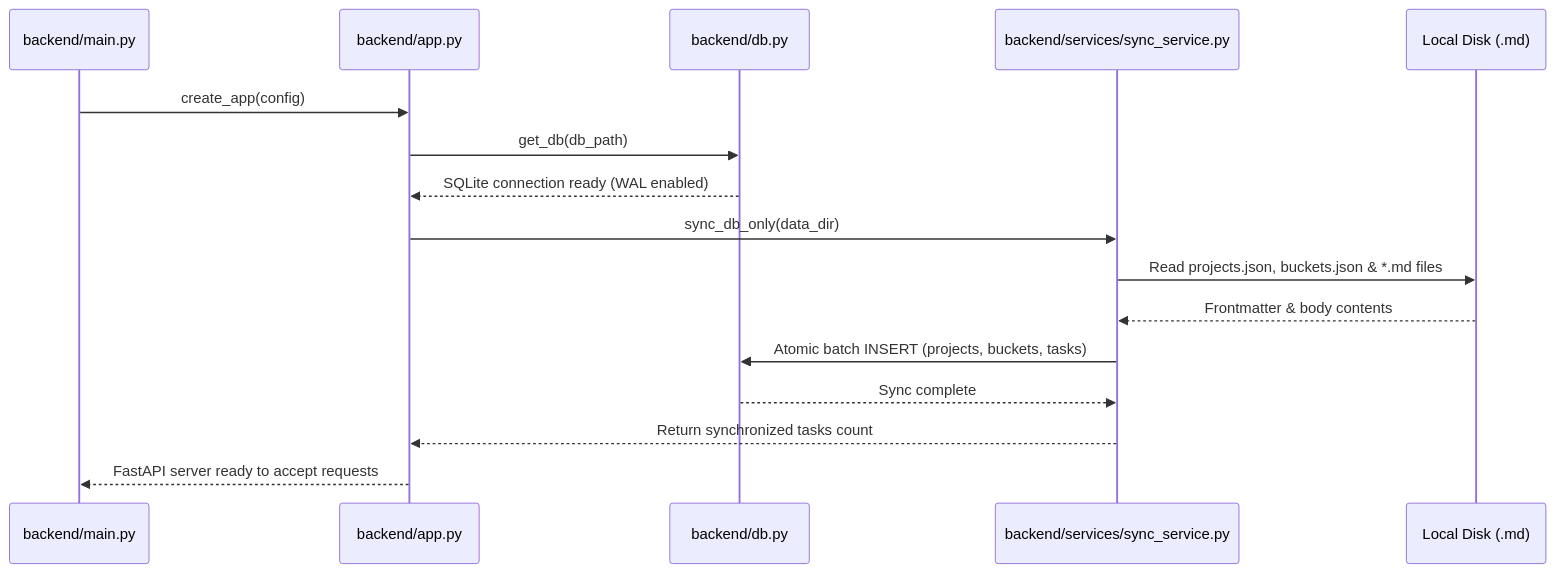
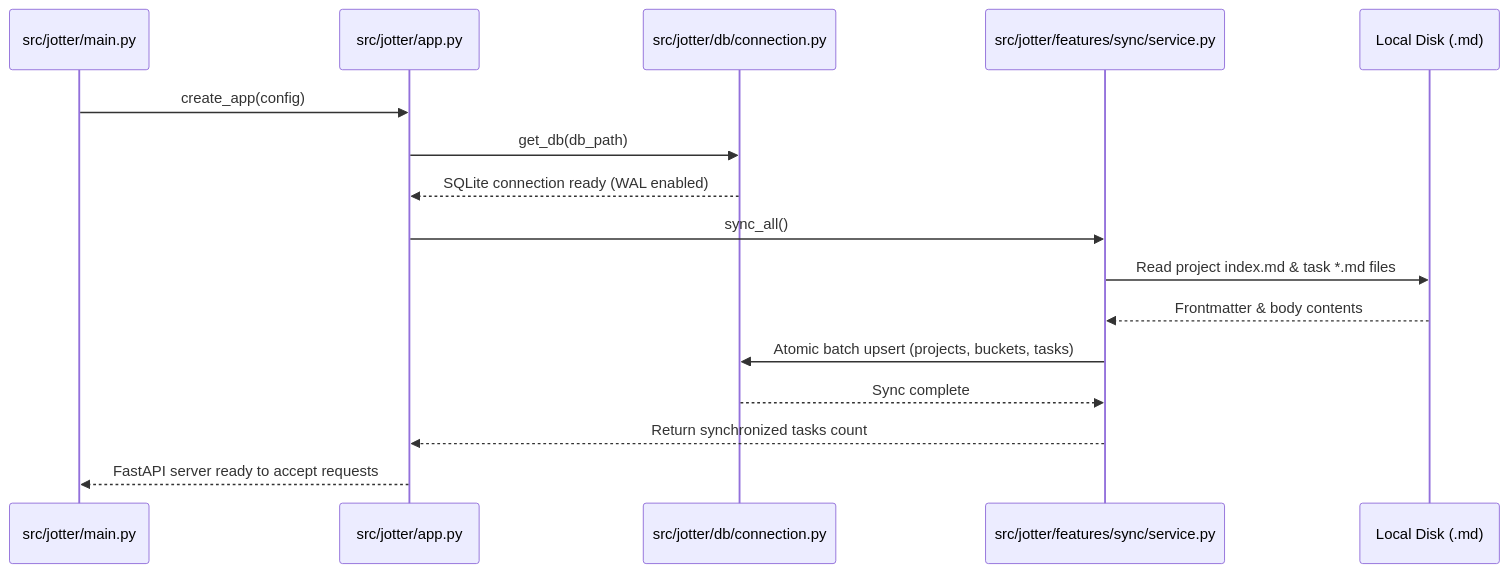
One commit to simon123h/Jotter changed the fourth of 4 diagrams in docs/developer/architecture.md. Above: the diagram before and after it, drawn with Mermaid. The commit also changed other lines of this file and 7 other files, not shown here.

````diff
--- a/docs/developer/architecture.md
+++ b/docs/developer/architecture.md
@@ -115,19 +115,19 @@
 ```mermaid
 sequenceDiagram
-    participant Main as backend/main.py
-    participant App as backend/app.py
-    participant DB as backend/db.py
-    participant Sync as backend/services/sync_service.py
+    participant Main as src/jotter/main.py
+    participant App as src/jotter/app.py
+    participant DB as src/jotter/db/connection.py
+    participant Sync as src/jotter/features/sync/service.py
     participant Disk as Local Disk (.md)
 
     Main->>App: create_app(config)
     App->>DB: get_db(db_path)
     DB-->>App: SQLite connection ready (WAL enabled)
-    App->>Sync: sync_db_only(data_dir)
-    Sync->>Disk: Read projects.json, buckets.json & *.md files
+    App->>Sync: sync_all()
+    Sync->>Disk: Read project index.md & task *.md files
     Disk-->>Sync: Frontmatter & body contents
-    Sync->>DB: Atomic batch INSERT (projects, buckets, tasks)
+    Sync->>DB: Atomic batch upsert (projects, buckets, tasks)
     DB-->>Sync: Sync complete
     Sync-->>App: Return synchronized tasks count
     App-->>Main: FastAPI server ready to accept requests
 ```
````
